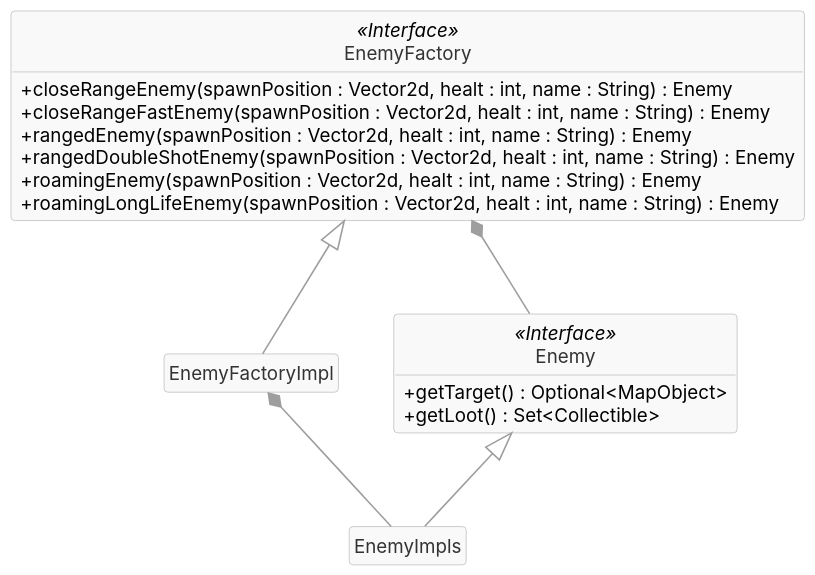
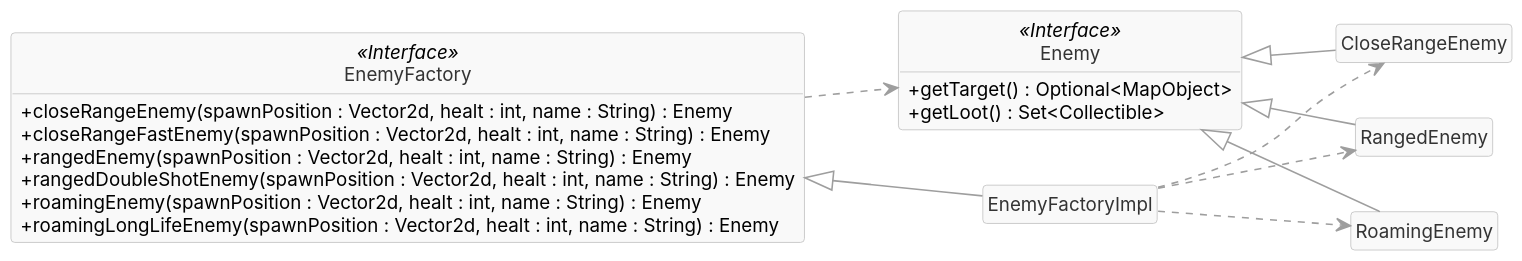
The diagram in report/uml/FactoryEnemy.puml (GiocoMatto/OOP25-wildenc), drawn with PlantUML before and after one commit. The commit also changed 7 other files, not shown here.

```diff
--- a/report/uml/FactoryEnemy.puml
+++ b/report/uml/FactoryEnemy.puml
@@ -1,64 +1,70 @@
-@startuml Domain
+@startuml FactoryEnemy
 
 ' =========================
 '  Style
 ' =========================
+
+left to right direction
 
 skinparam shadowing false
 skinparam roundcorner 5
 skinparam dpi 150
 
 skinparam DefaultFontName "Inter"
 skinparam DefaultFontSize 12
 skinparam classAttributeIconSize 0
 
 skinparam class {
   BackgroundColor #F9F9F9
   BorderColor #BFBFBF
   FontColor #333333
 }
 
 skinparam Arrow {
   Color #9E9E9E
   Thickness 1
 }
 
 hide circle
 hide empty members
 
 ' =========================
 '  Classes
 ' =========================
 
 class EnemyFactory <<Interface>> {
   +closeRangeEnemy(spawnPosition : Vector2d, healt : int, name : String) : Enemy
   +closeRangeFastEnemy(spawnPosition : Vector2d, healt : int, name : String) : Enemy
   +rangedEnemy(spawnPosition : Vector2d, healt : int, name : String) : Enemy
   +rangedDoubleShotEnemy(spawnPosition : Vector2d, healt : int, name : String) : Enemy
   +roamingEnemy(spawnPosition : Vector2d, healt : int, name : String) : Enemy
   +roamingLongLifeEnemy(spawnPosition : Vector2d, healt : int, name : String) : Enemy
 }
 
-class EnemyFactoryImpl {
-
-}
-
 class Enemy <<Interface>> {
     +getTarget() : Optional<MapObject>
     +getLoot() : Set<Collectible>
 }
 
-class EnemyImpls {
+class EnemyFactoryImpl {
 
 }
+
+class CloseRangeEnemy { }
+class RangedEnemy { }
+class RoamingEnemy { }
 
 ' =========================
 '  Relations
 ' =========================
 
 EnemyFactory <|-- EnemyFactoryImpl
-Enemy <|-- EnemyImpls
-EnemyFactory *-- Enemy
-EnemyFactoryImpl *-- EnemyImpls
+Enemy <|-- CloseRangeEnemy
+Enemy <|-- RangedEnemy
+Enemy <|-- RoamingEnemy
+EnemyFactory ..> Enemy
+EnemyFactoryImpl ..> CloseRangeEnemy
+EnemyFactoryImpl ..> RangedEnemy
+EnemyFactoryImpl ..> RoamingEnemy
 
 @enduml
```
